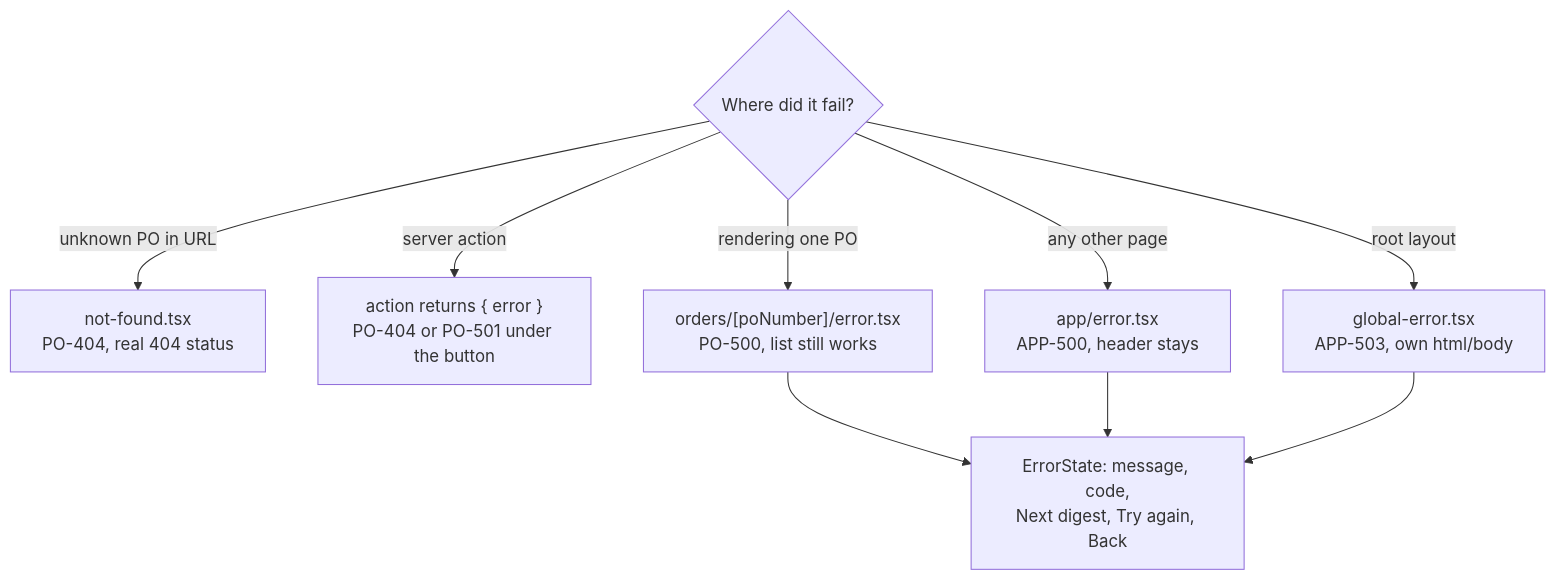
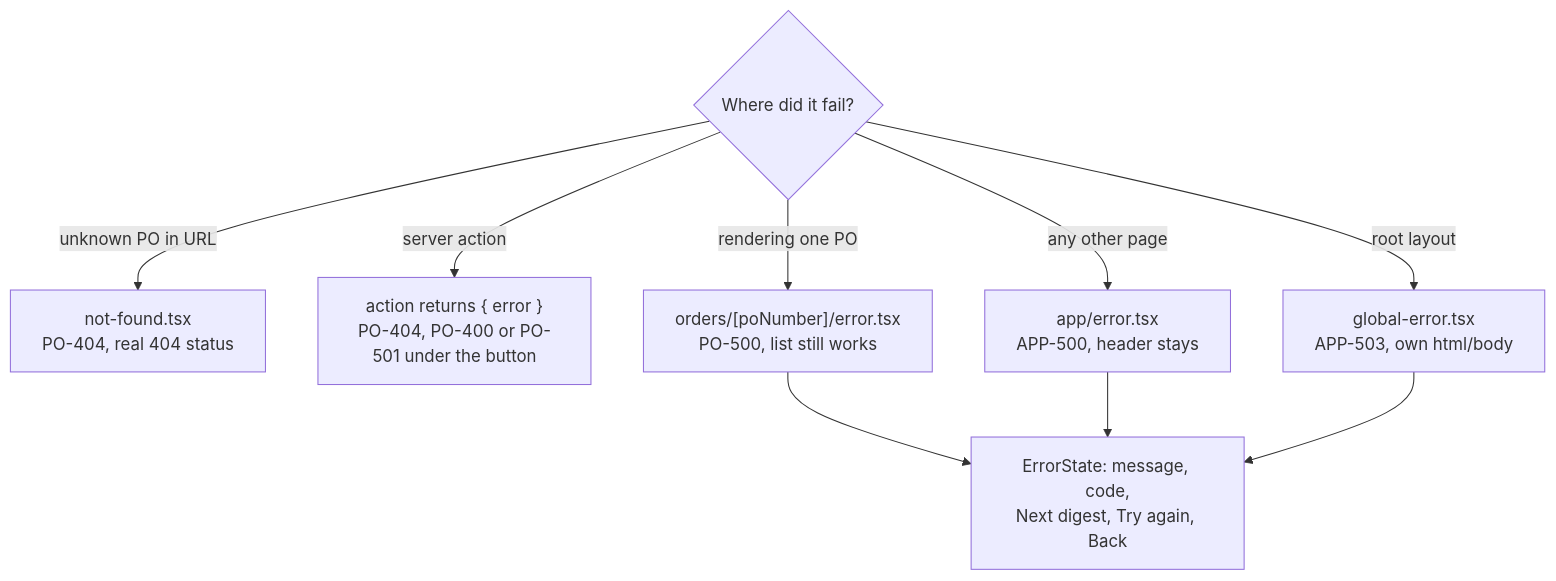
Before and after one commit to TRUPALIX9/bhf-take-home: the seventh of 10 diagrams in docs/DESIGN.md, drawn with Mermaid. The commit also changed other lines of this file and 8 other files, not shown here.

````diff
--- a/docs/DESIGN.md
+++ b/docs/DESIGN.md
@@ -144,12 +144,12 @@
 ```mermaid
 flowchart TD
   E{"Where did it fail?"}
   E -- "unknown PO in URL" --> NF["not-found.tsx<br/>PO-404, real 404 status"]
-  E -- "server action" --> AE["action returns { error }<br/>PO-404 or PO-501 under the button"]
+  E -- "server action" --> AE["action returns { error }<br/>PO-404, PO-400 or PO-501 under the button"]
   E -- "rendering one PO" --> PE["orders/[poNumber]/error.tsx<br/>PO-500, list still works"]
   E -- "any other page" --> GE["app/error.tsx<br/>APP-500, header stays"]
   E -- "root layout" --> RE["global-error.tsx<br/>APP-503, own html/body"]
   PE --> R["ErrorState: message, code,<br/>Next digest, Try again, Back"]
   GE --> R
   RE --> R
 ```
````
